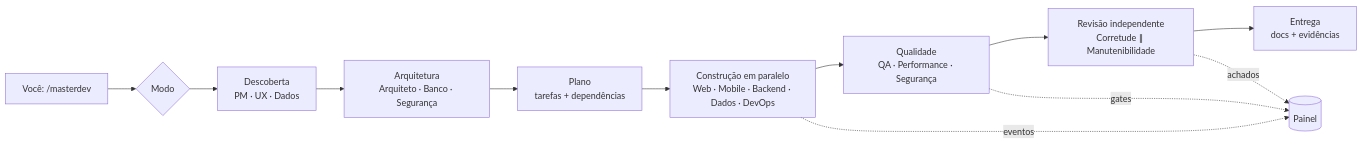
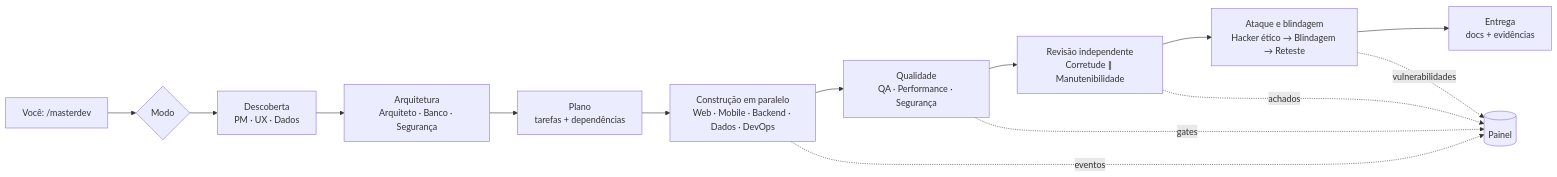
Before and after one commit to carlos-dataengineer/master-develops-software-app: the diagram in README.md, drawn with Mermaid. The commit also changed other lines of this file and 43 other files, not shown here.

First line of the commit message:
feat: squad Ataque & Blindagem e etapa final de segurança (v1.1.0)

````diff
--- a/README.md
+++ b/README.md
@@ -197,14 +199,16 @@
 ```mermaid
 flowchart LR
   A[Você: /masterdev] --> B{Modo}
   B --> C[Descoberta<br/>PM · UX · Dados]
   C --> D[Arquitetura<br/>Arquiteto · Banco · Segurança]
   D --> E[Plano<br/>tarefas + dependências]
   E --> F[Construção em paralelo<br/>Web · Mobile · Backend · Dados · DevOps]
   F --> G[Qualidade<br/>QA · Performance · Segurança]
   G --> H[Revisão independente<br/>Corretude ∥ Manutenibilidade]
-  H --> I[Entrega<br/>docs + evidências]
+  H --> S[Ataque e blindagem<br/>Hacker ético → Blindagem → Reteste]
+  S --> I[Entrega<br/>docs + evidências]
+  S -. vulnerabilidades .-> P
   F -. eventos .-> P[(Painel)]
   G -. gates .-> P
   H -. achados .-> P
 ```
````
